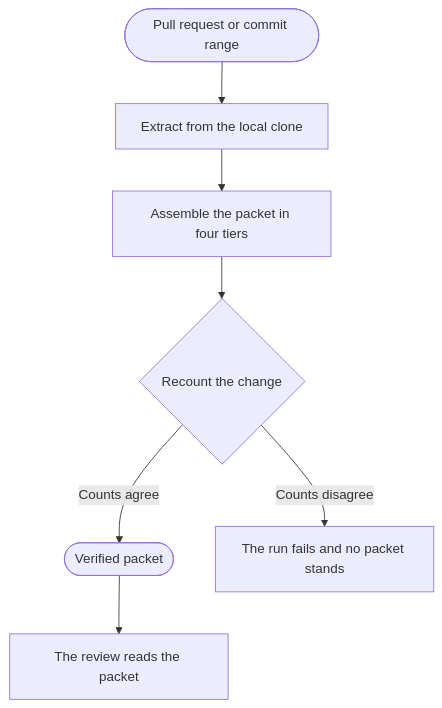
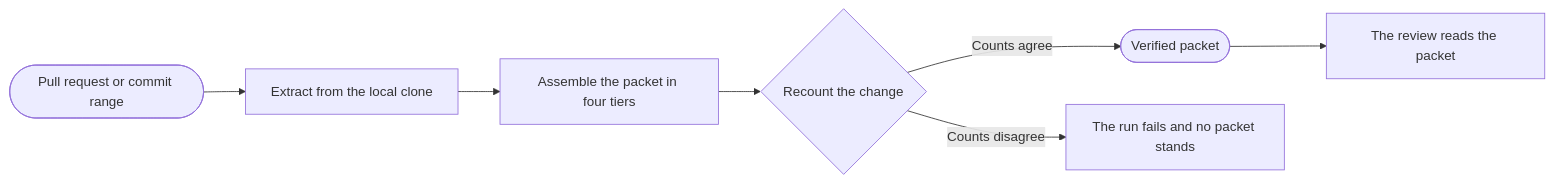
Before and after one commit to david-engelmann/recognitio: the diagram in README.md, drawn with Mermaid. The commit also changed other lines of this file and 5 other files, not shown here.

First line of the commit message:
WP1 phone width fixes, captioned hero pins and the wide flow diagram

````diff
--- a/README.md
+++ b/README.md
@@ -101,9 +104,6 @@
 ```mermaid
-flowchart TB
-    A([Pull request or commit range]) --> B[Extract from the local clone]
-    B --> C[Assemble the packet in four tiers]
-    C --> D{Recount the change}
-    D -->|Counts agree| E([Verified packet])
+flowchart LR
+    A([Pull request or commit range]) --> B[Extract from the local clone] --> C[Assemble the packet in four tiers] --> D{Recount the change}
+    D -->|Counts agree| E([Verified packet]) --> G[The review reads the packet]
     D -->|Counts disagree| F[The run fails and no packet stands]
-    E --> G[The review reads the packet]
 ```
````
